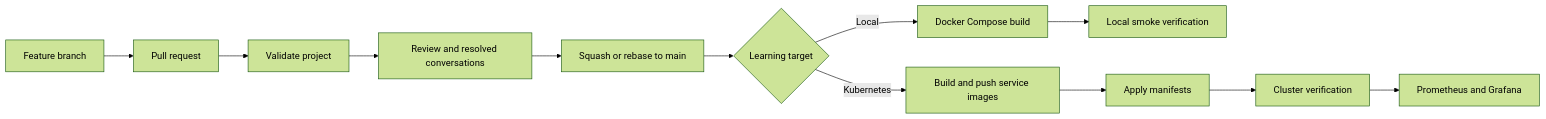
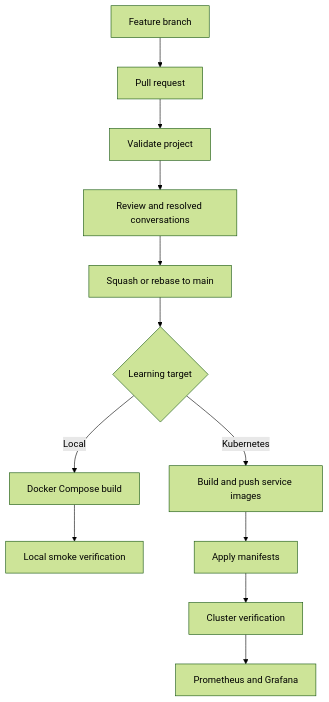
One commit to jeevanm84/mjcart-ecommerce-microservices changed the fifth of 5 diagrams in docs/ARCHITECTURE.md. Above: the diagram before and after it, drawn with Mermaid (forest theme). The commit also changed 2 other files, not shown here.

Commit message:
Improve architecture diagram readability (#5)

````diff
--- a/docs/ARCHITECTURE.md
+++ b/docs/ARCHITECTURE.md
@@ -186,14 +186,14 @@
 ```mermaid
-flowchart LR
+flowchart TB
     Code[Feature branch] --> PR[Pull request]
     PR --> CI[Validate project]
     CI --> Review[Review and resolved conversations]
     Review --> Main[Squash or rebase to main]
     Main --> Target{Learning target}
     Target -->|Local| Compose[Docker Compose build]
     Target -->|Kubernetes| Build[Build and push service images]
     Compose --> LocalVerify[Local smoke verification]
     Build --> Deploy[Apply manifests]
     Deploy --> ClusterVerify[Cluster verification]
     ClusterVerify --> Observe[Prometheus and Grafana]
 ```
````
